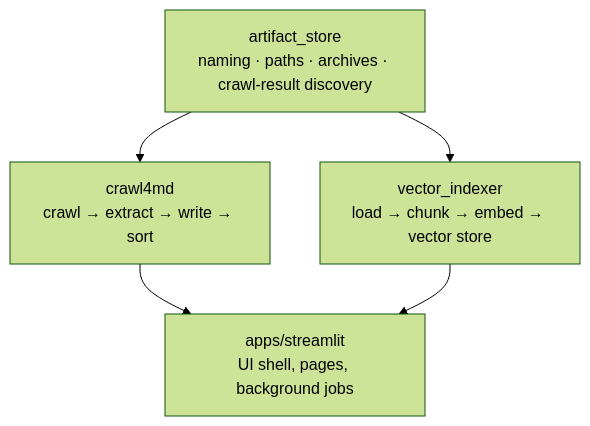
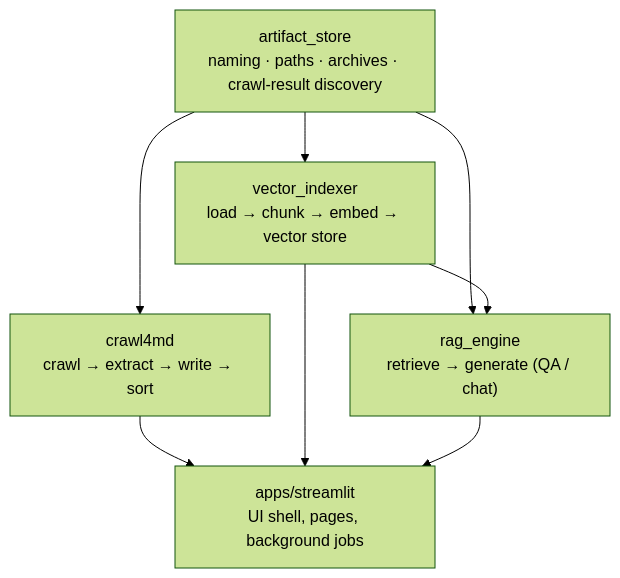
The first of 7 diagrams in docs/ARCHITECTURE.md (prakosd/rag-playground), drawn with Mermaid (forest theme) before and after one commit. The commit also changed other lines of this file and 65 other files, not shown here.

First line of the commit message:
Implement retrieval-augmented generation (RAG) engine with echo model fallback

````diff
--- a/docs/ARCHITECTURE.md
+++ b/docs/ARCHITECTURE.md
@@ -10,11 +11,15 @@
 ```mermaid
 flowchart TD
   ArtifactStore["artifact_store<br/>naming · paths · archives · crawl-result discovery"]
   Crawl4md["crawl4md<br/>crawl → extract → write → sort"]
   VectorIndexer["vector_indexer<br/>load → chunk → embed → vector store"]
+  RagEngine["rag_engine<br/>retrieve → generate (QA / chat)"]
   App["apps/streamlit<br/>UI shell, pages, background jobs"]
   ArtifactStore --> Crawl4md
   ArtifactStore --> VectorIndexer
+  ArtifactStore --> RagEngine
+  VectorIndexer --> RagEngine
   Crawl4md --> App
   VectorIndexer --> App
+  RagEngine --> App
 ```
````
